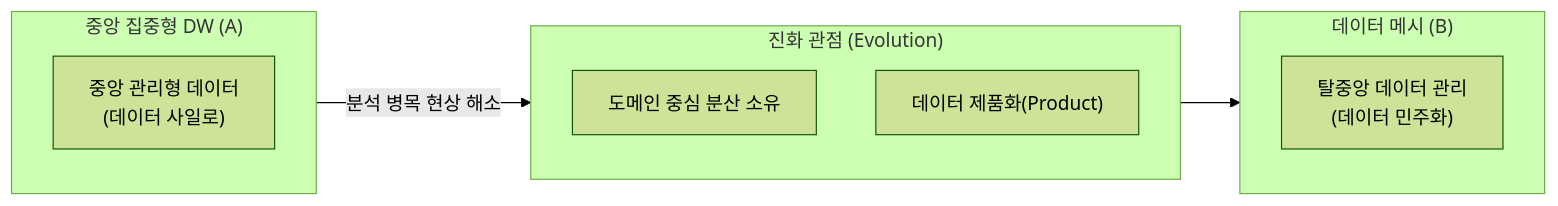
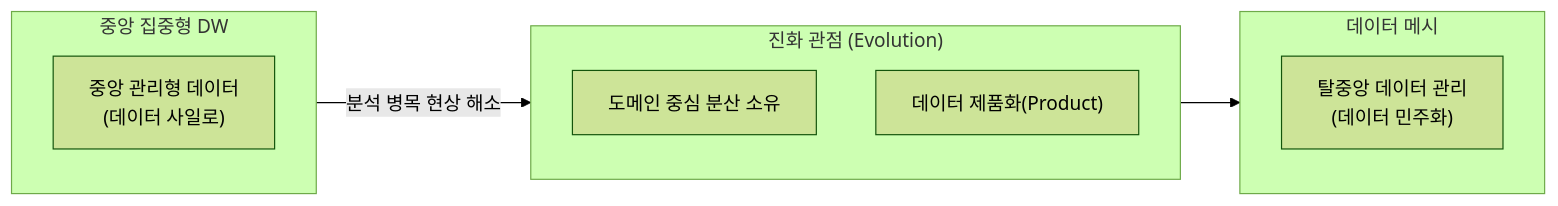
Before and after one commit to jeonck/fw-thinking: the diagram in docs/07-data-ai-governance/data-mesh.md, drawn with Mermaid (forest theme). The commit also changed 92 other files, not shown here.

````diff
--- a/docs/07-data-ai-governance/data-mesh.md
+++ b/docs/07-data-ai-governance/data-mesh.md
@@ -21,19 +21,19 @@
 ```mermaid
 flowchart LR
-    subgraph A["중앙 집중형 DW (A)"]
+    subgraph A["중앙 집중형 DW "]
         A1["중앙 관리형 데이터<br/>(데이터 사일로)"]
     end
 
     subgraph TRANS["진화 관점 (Evolution)"]
         direction TB
         T1["도메인 중심 분산 소유"]
         T2["데이터 제품화(Product)"]
     end
 
-    subgraph B["데이터 메시 (B)"]
+    subgraph B["데이터 메시 "]
         B1["탈중앙 데이터 관리<br/>(데이터 민주화)"]
     end
 
     A -- "분석 병목 현상 해소" --> TRANS
     TRANS --> B
 ```
````
